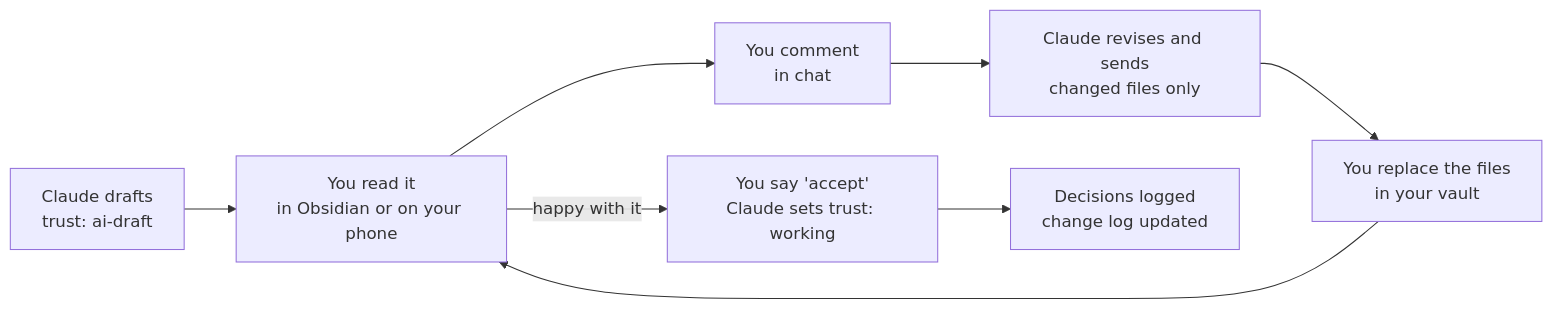
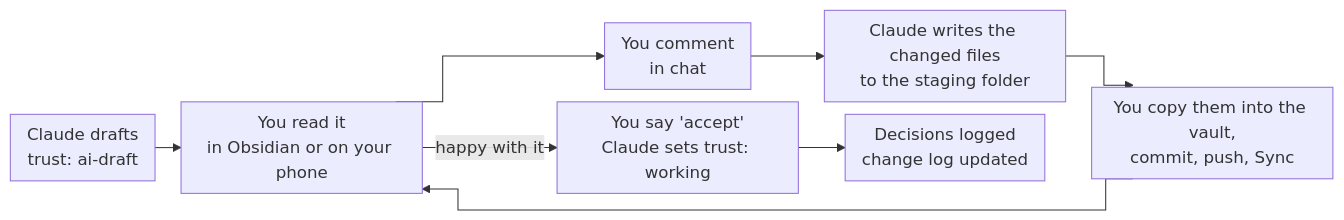
The diagram in mine/projects/thinking-system/02 Working Agreement.md (quocnguyen13/second-brain), drawn with Mermaid before and after one commit. The commit also changed other lines of this file and 2 other files, not shown here.

Commit message:
M0: staging rule (D-114)

````diff
--- a/mine/projects/thinking-system/02 Working Agreement.md
+++ b/mine/projects/thinking-system/02 Working Agreement.md
@@ -50,10 +50,11 @@
 ```mermaid
+%%{init: {"flowchart": {"curve": "step", "useMaxWidth": true, "nodeSpacing": 12, "rankSpacing": 25, "padding": 8, "subGraphTitleMargin": {"top": 4, "bottom": 8}}}}%%
 flowchart LR
-    A[Claude drafts<br/>trust: ai-draft] --> B[You read it<br/>in Obsidian or on your phone]
-    B --> C[You comment<br/>in chat]
-    C --> D[Claude revises and sends<br/>changed files only]
-    D --> E[You replace the files<br/>in your vault]
+    A["Claude drafts<br/>trust: ai-draft"] --> B["You read it<br/>in Obsidian or on your phone"]
+    B --> C["You comment<br/>in chat"]
+    C --> D["Claude writes the changed files<br/>to the staging folder"]
+    D --> E["You copy them into the vault,<br/>commit, push, Sync"]
     E --> B
-    B -->|happy with it| F[You say 'accept'<br/>Claude sets trust: working]
-    F --> G[Decisions logged<br/>change log updated]
+    B -->|"happy with it"| F["You say 'accept'<br/>Claude sets trust: working"]
+    F --> G["Decisions logged<br/>change log updated"]
 ```
````
